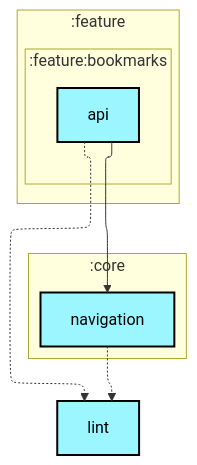
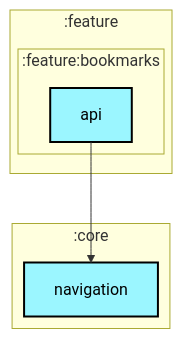
Before and after one commit to android/nowinandroid: the first of 2 diagrams in feature/bookmarks/api/README.md, drawn with Mermaid. The commit also changed 30 other files, not shown here.

````diff
--- a/feature/bookmarks/api/README.md
+++ b/feature/bookmarks/api/README.md
@@ -6,32 +6,29 @@
 ```mermaid
 ---
 config:
   layout: elk
   elk:
     nodePlacementStrategy: SIMPLE
 ---
 graph TB
   subgraph :feature
     direction TB
     subgraph :feature:bookmarks
       direction TB
       :feature:bookmarks:api[api]:::android-library
     end
   end
   subgraph :core
     direction TB
     :core:navigation[navigation]:::android-library
   end
-  :lint[lint]:::android-library
 
-  :core:navigation -.-> :lint
   :feature:bookmarks:api --> :core:navigation
-  :feature:bookmarks:api -.-> :lint
 
 classDef android-application fill:#CAFFBF,stroke:#000,stroke-width:2px,color:#000;
 classDef android-feature fill:#FFD6A5,stroke:#000,stroke-width:2px,color:#000;
 classDef android-library fill:#9BF6FF,stroke:#000,stroke-width:2px,color:#000;
 classDef android-test fill:#A0C4FF,stroke:#000,stroke-width:2px,color:#000;
 classDef jvm-library fill:#BDB2FF,stroke:#000,stroke-width:2px,color:#000;
 classDef unknown fill:#FFADAD,stroke:#000,stroke-width:2px,color:#000;
 ```
````
